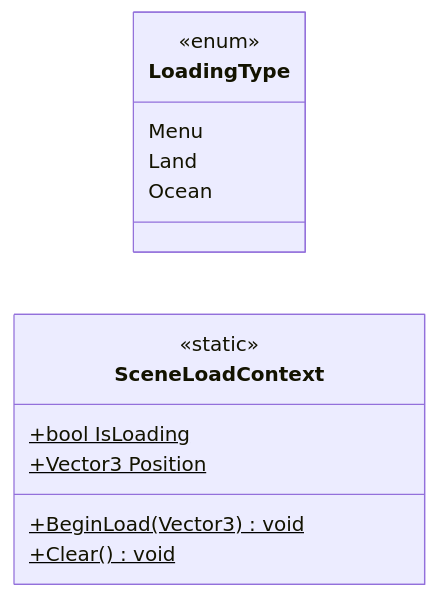
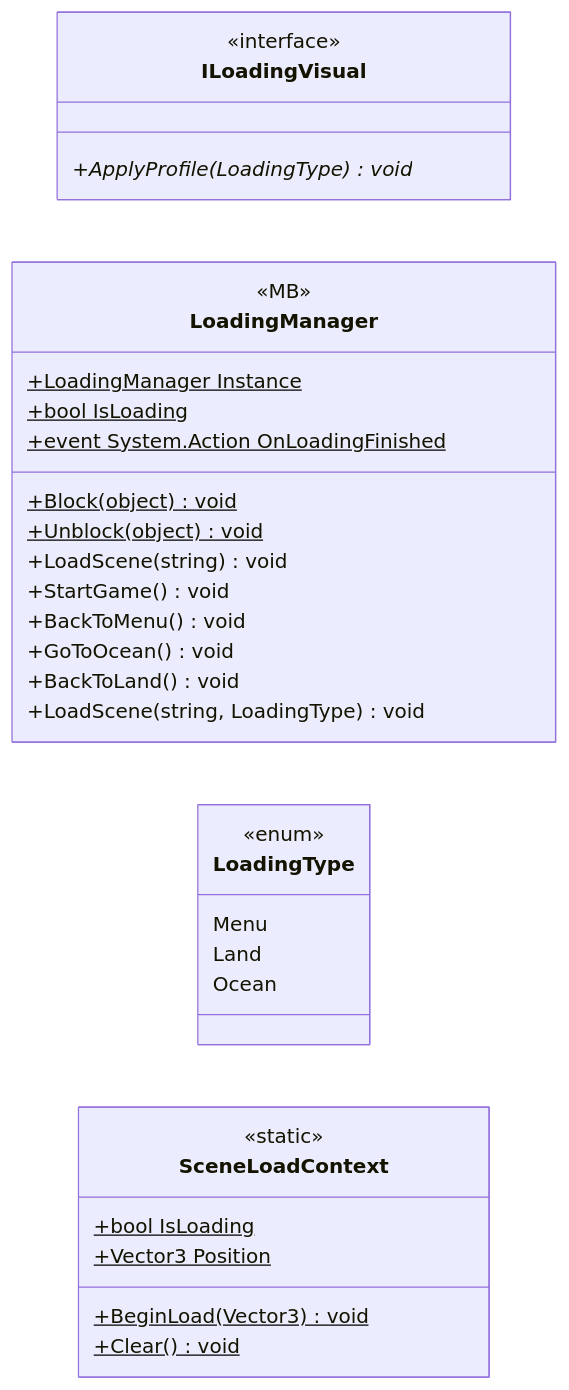
Before and after one commit to PhumipatWave/project-ocean: the diagram in docs/uml/modules/Core_Scenes.md, drawn with Mermaid. The commit also changed other lines of this file and 531 other files, not shown here.

````diff
--- a/docs/uml/modules/Core_Scenes.md
+++ b/docs/uml/modules/Core_Scenes.md
@@ -7,17 +7,35 @@
 ```mermaid
 classDiagram
   direction LR
+  class ILoadingVisual {
+    <<interface>>
+    +ApplyProfile(LoadingType)* void
+  }
+  class LoadingManager {
+    <<MB>>
+    +LoadingManager Instance$
+    +bool IsLoading$
+    +event System.Action OnLoadingFinished$
+    +Block(object)$ void
+    +Unblock(object)$ void
+    +LoadScene(string) void
+    +StartGame() void
+    +BackToMenu() void
+    +GoToOcean() void
+    +BackToLand() void
+    +LoadScene(string, LoadingType) void
+  }
   class LoadingType {
     <<enum>>
     Menu
     Land
     Ocean
   }
   class SceneLoadContext {
     <<static>>
     +bool IsLoading$
     +Vector3 Position$
     +BeginLoad(Vector3)$ void
     +Clear()$ void
   }
 ```
````
